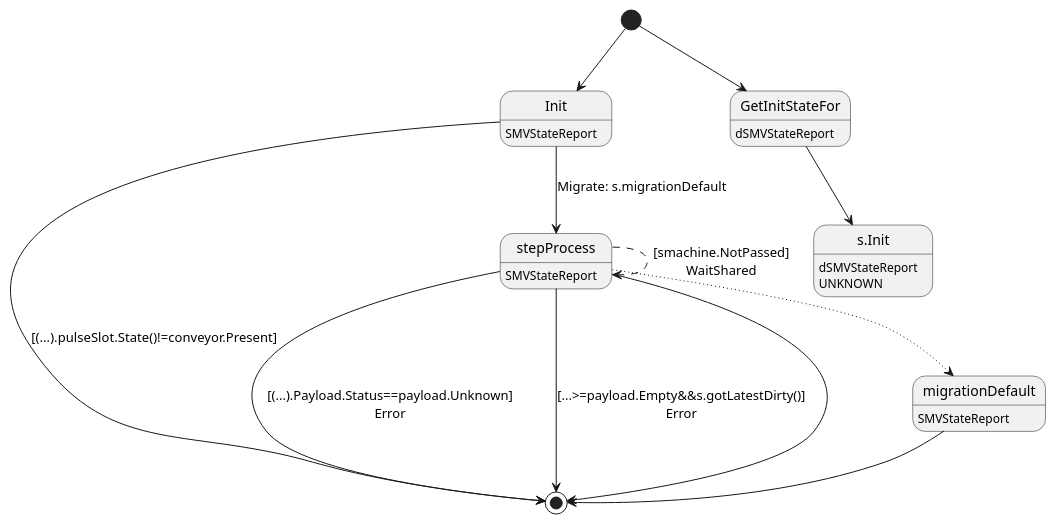
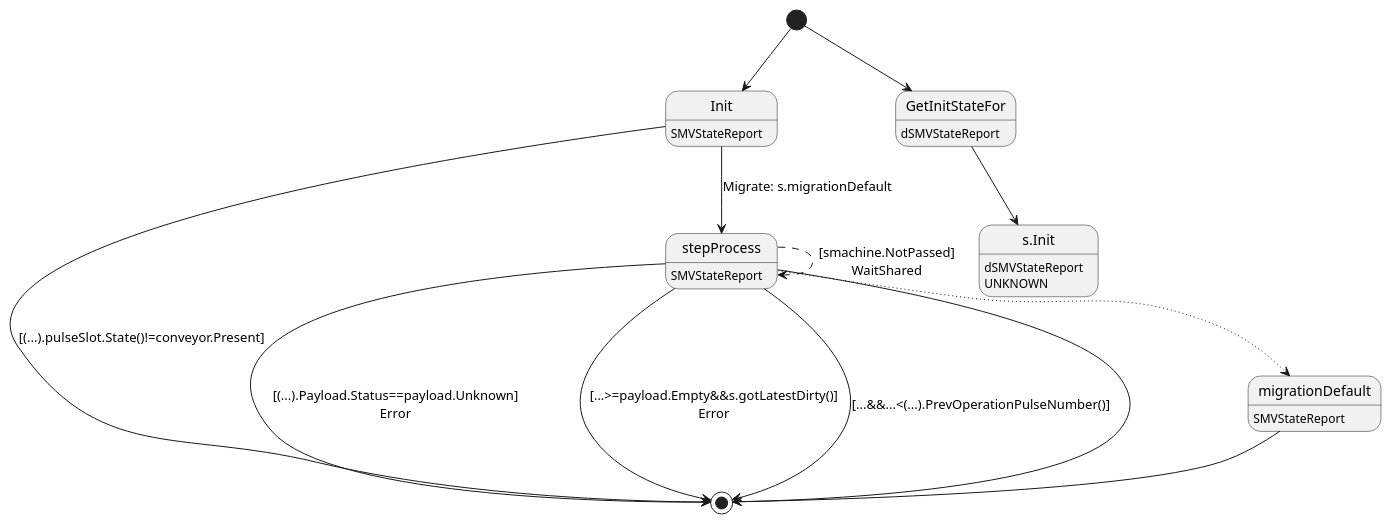
The diagram in ledger-core/virtual/handlers/vstatereport.plantuml (insolar/assured-ledger), drawn with PlantUML before and after one commit.

Commit message:
PLAT-728: Fix uml

```diff
--- a/ledger-core/virtual/handlers/vstatereport.plantuml
+++ b/ledger-core/virtual/handlers/vstatereport.plantuml
@@ -1,24 +1,25 @@
 @startuml
 state "Init" as T01_S001
 T01_S001 : SMVStateReport
 [*] --> T01_S001
 T01_S001 --> [*] : [(...).pulseSlot.State()!=conveyor.Present]
 T01_S001 --> T01_S003 : Migrate: s.migrationDefault
 state "migrationDefault" as T01_S002
 T01_S002 : SMVStateReport
 T01_S002 --> [*]
 state "stepProcess" as T01_S003
 T01_S003 : SMVStateReport
 T01_S003 --[dotted]> T01_S002
 T01_S003 --> [*] : [(...).Payload.Status==payload.Unknown]\nError
 T01_S003 --> [*] : [...>=payload.Empty&&s.gotLatestDirty()]\nError
+T01_S003 --> [*] : [...&&...<(...).PrevOperationPulseNumber()]
 T01_S003 --[dashed]> T01_S003 : [smachine.NotPassed]\nWaitShared
 T01_S003 --> [*]
 state "GetInitStateFor" as T00_S001
 T00_S001 : dSMVStateReport
 [*] --> T00_S001
 state "s.Init" as T00_U001
 T00_U001 : dSMVStateReport
 T00_U001 : UNKNOWN 
 T00_S001 --> T00_U001
 @enduml
```
